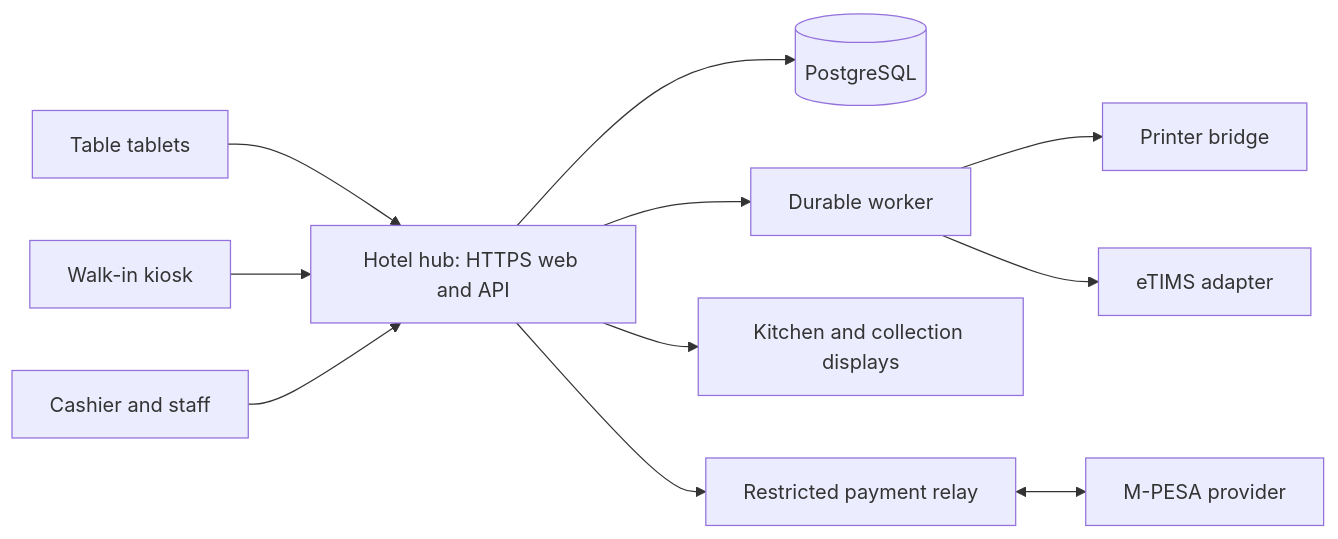
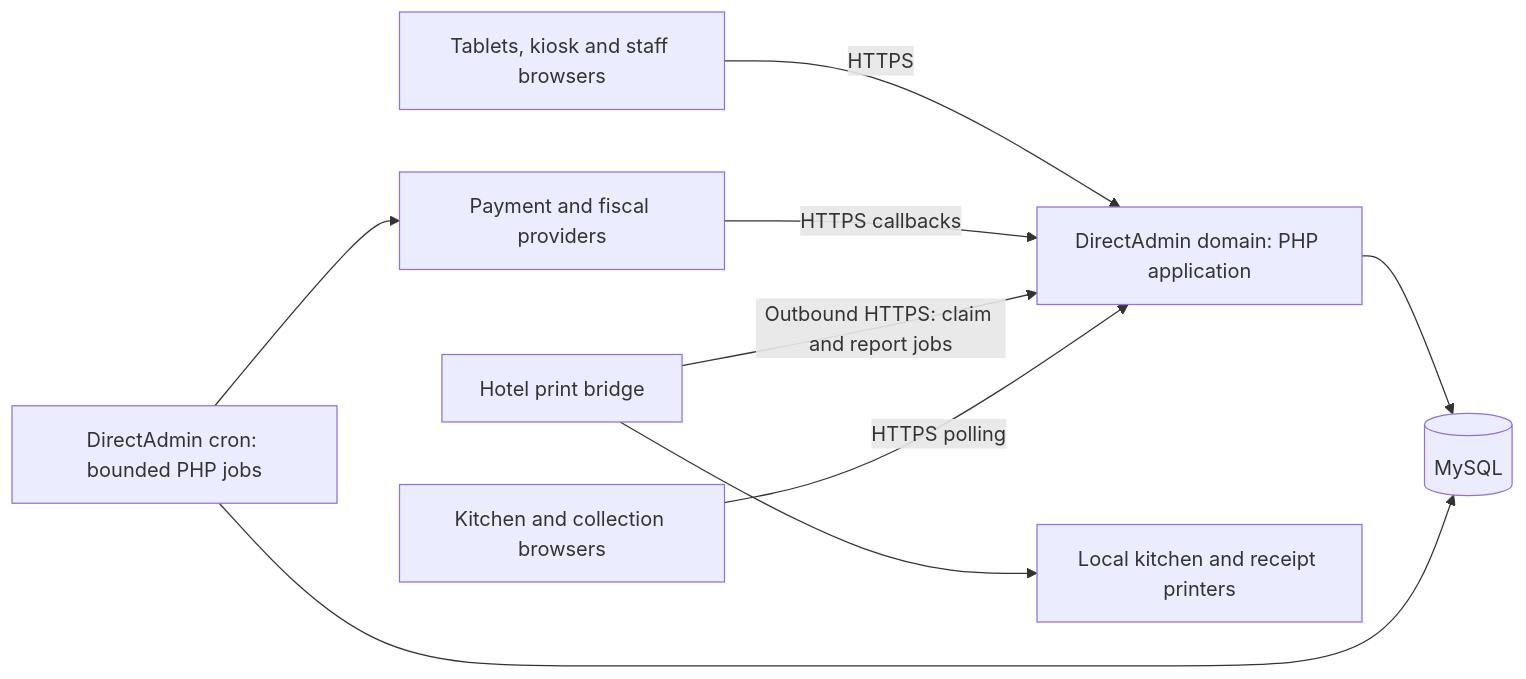
One commit to muhammadkmussa-cloud/Hotel-System changed the diagram in architecture/01-system.md. Above: the diagram before and after it, drawn with Mermaid. The commit also changed other lines of this file and 32 other files, not shown here.

````diff
--- a/architecture/01-system.md
+++ b/architecture/01-system.md
@@ -9,13 +9,11 @@
 ```mermaid
 flowchart LR
-  T[Table tablets] --> H[Hotel hub: HTTPS web and API]
-  K[Walk-in kiosk] --> H
-  C[Cashier and staff] --> H
-  H --> DB[(PostgreSQL)]
-  H --> W[Durable worker]
-  H --> KD[Kitchen and collection displays]
-  W --> P[Printer bridge]
-  W --> E[eTIMS adapter]
-  H --> R[Restricted payment relay]
-  R <--> M[M-PESA provider]
+  T[Tablets, kiosk and staff browsers] -->|HTTPS| H[DirectAdmin domain: PHP application]
+  H --> DB[(MySQL)]
+  J[DirectAdmin cron: bounded PHP jobs] --> DB
+  J --> E[Payment and fiscal providers]
+  E -->|HTTPS callbacks| H
+  B[Hotel print bridge] -->|Outbound HTTPS: claim and report jobs| H
+  B --> P[Local kitchen and receipt printers]
+  K[Kitchen and collection browsers] -->|HTTPS polling| H
 ```
````
